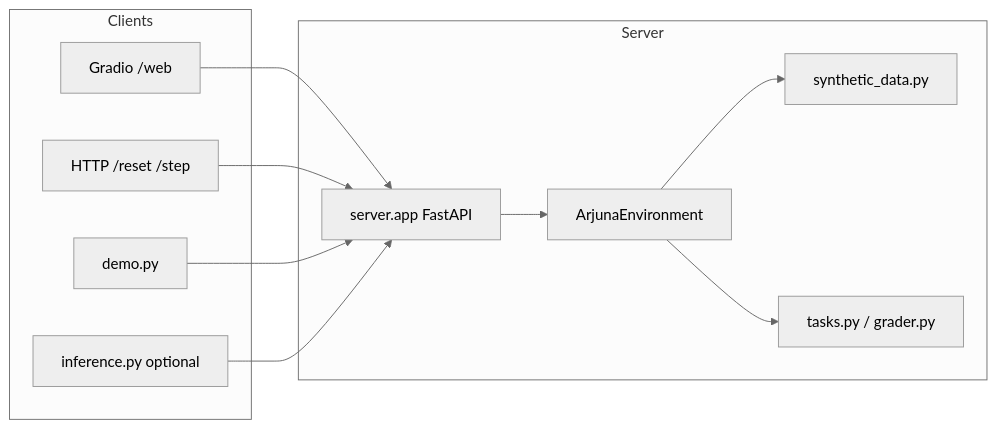
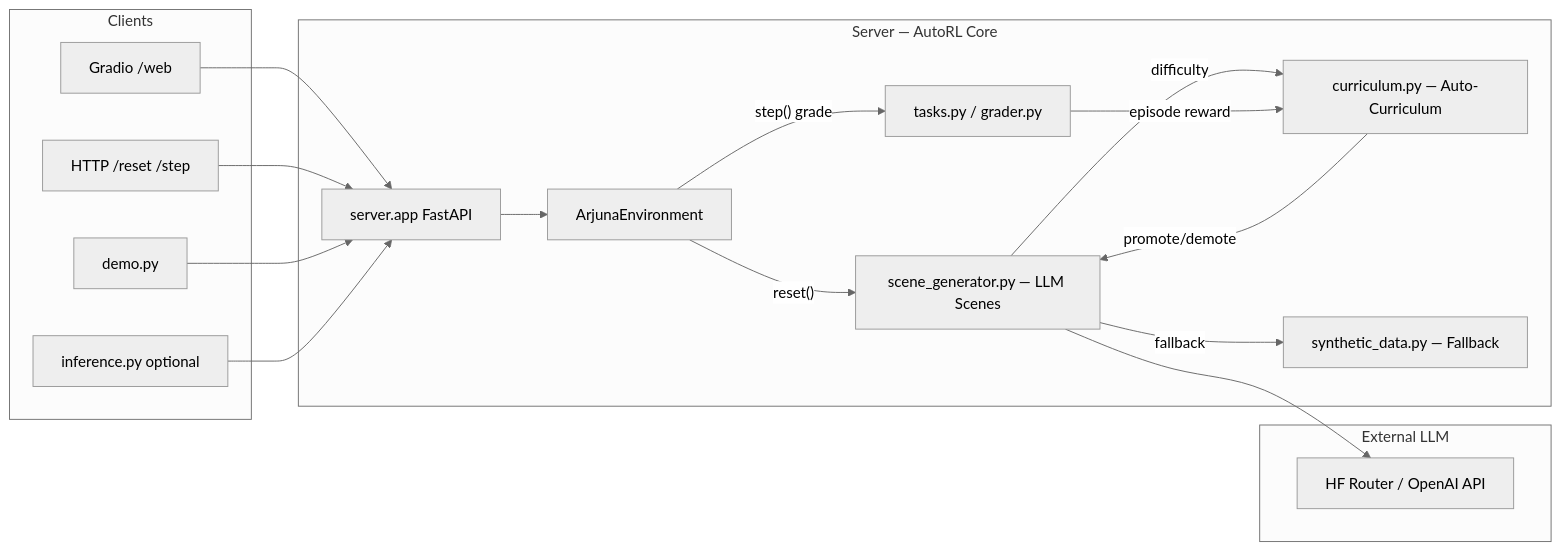
Before and after one commit to AyushKumar-alt/arjuna-env: the second of 2 diagrams in README.md, drawn with Mermaid (neutral theme). The commit also changed other lines of this file, not shown here.

Commit message:
docs: comprehensive autoRL approach documentation in README

````diff
--- a/README.md
+++ b/README.md
@@ -519,22 +596,32 @@
 ```mermaid
 flowchart LR
   subgraph client [Clients]
     Web["Gradio /web"]
     HTTP["HTTP /reset /step"]
     Demo["demo.py"]
     Inf["inference.py optional"]
   end
-  subgraph server [Server]
+  subgraph server [Server — AutoRL Core]
     App["server.app FastAPI"]
     Env["ArjunaEnvironment"]
-    Data["synthetic_data.py"]
+    SceneGen["scene_generator.py — LLM Scenes"]
+    Curriculum["curriculum.py — Auto-Curriculum"]
+    Data["synthetic_data.py — Fallback"]
     Grade["tasks.py / grader.py"]
+  end
+  subgraph llm [External LLM]
+    HF["HF Router / OpenAI API"]
   end
   Web --> App
   HTTP --> App
   Demo --> App
   Inf --> App
   App --> Env
-  Env --> Data
-  Env --> Grade
+  Env -- "reset()" --> SceneGen
+  SceneGen -- "difficulty" --> Curriculum
+  SceneGen --> HF
+  SceneGen -- "fallback" --> Data
+  Env -- "step() grade" --> Grade
+  Grade -- "episode reward" --> Curriculum
+  Curriculum -- "promote/demote" --> SceneGen
 ```
````
